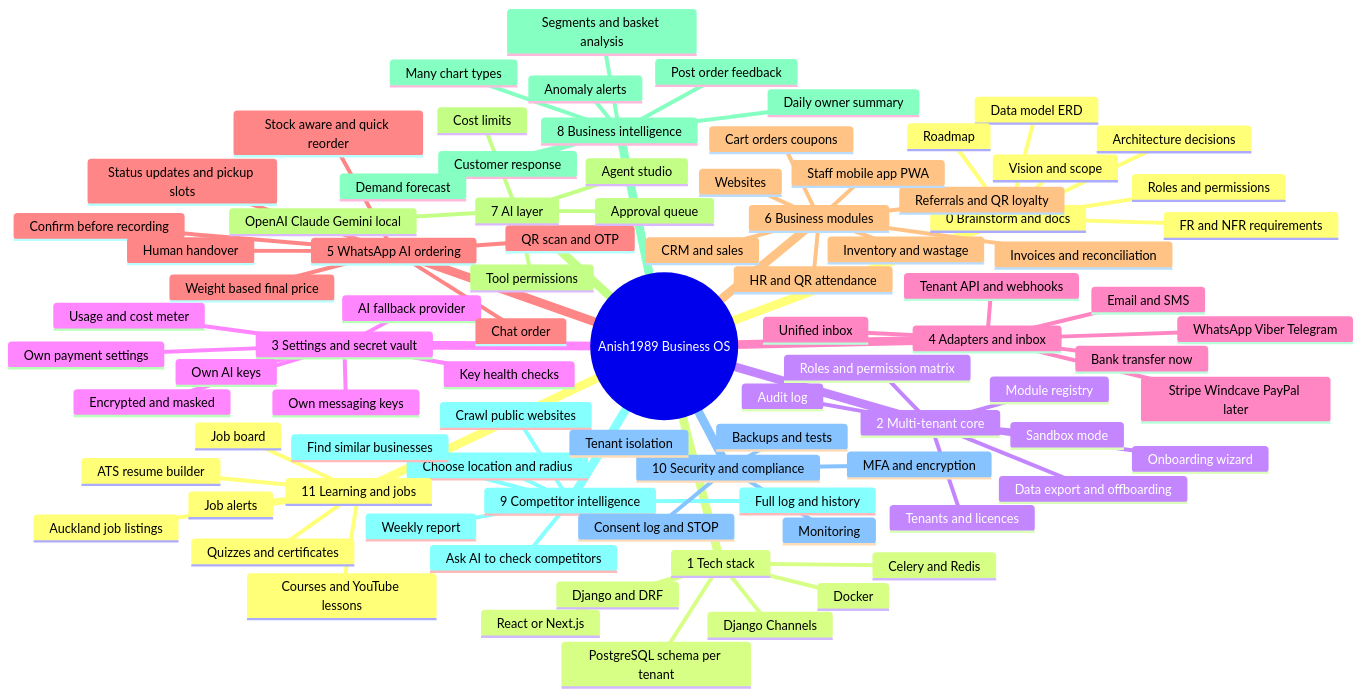
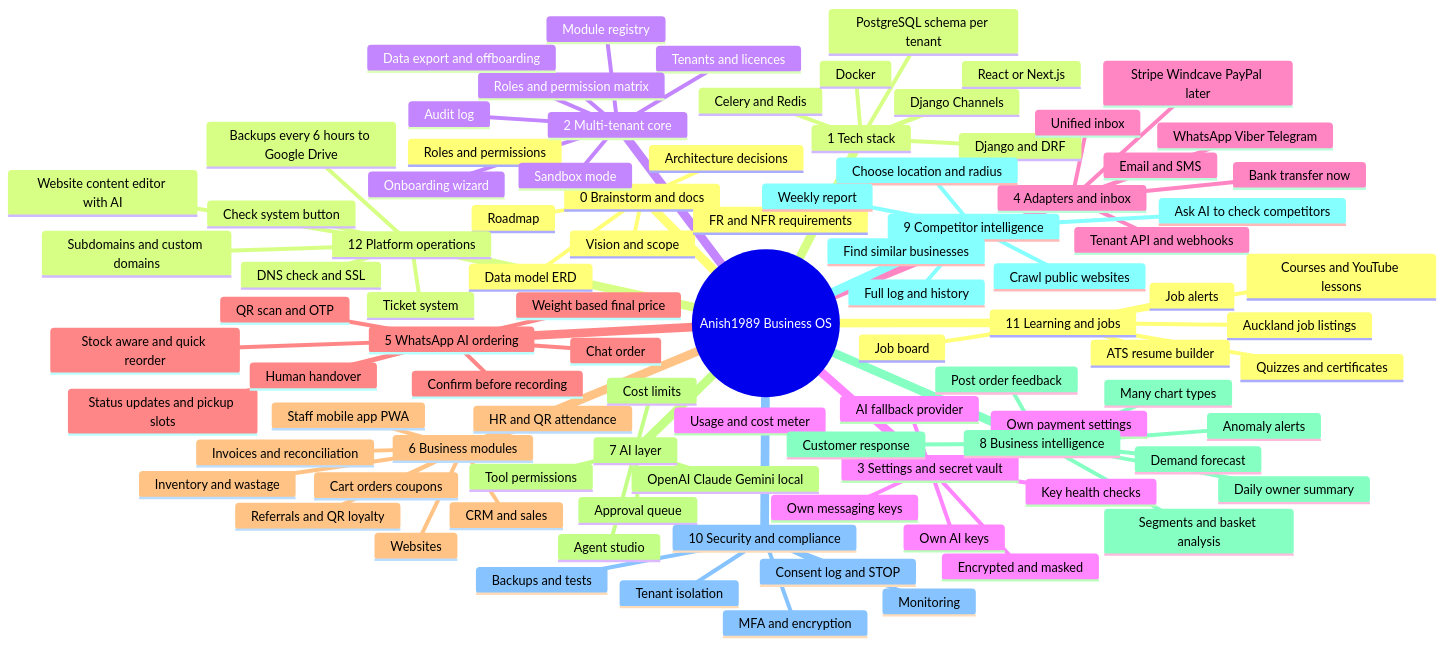
One commit to anishnz/Anish1989BusinessOS changed the diagram in docs/01-mind-map.md. Above: the diagram before and after it, drawn with Mermaid. The commit also changed other lines of this file and 7 other files, not shown here.

First line of the commit message:
Add platform operations: domains, content editor, tickets, health checks, backups

````diff
--- a/docs/01-mind-map.md
+++ b/docs/01-mind-map.md
@@ -95,4 +95,11 @@
       Auckland job listings
       ATS resume builder
       Job alerts
+    12 Platform operations
+      Subdomains and custom domains
+      DNS check and SSL
+      Website content editor with AI
+      Ticket system
+      Check system button
+      Backups every 6 hours to Google Drive
 ```
````
